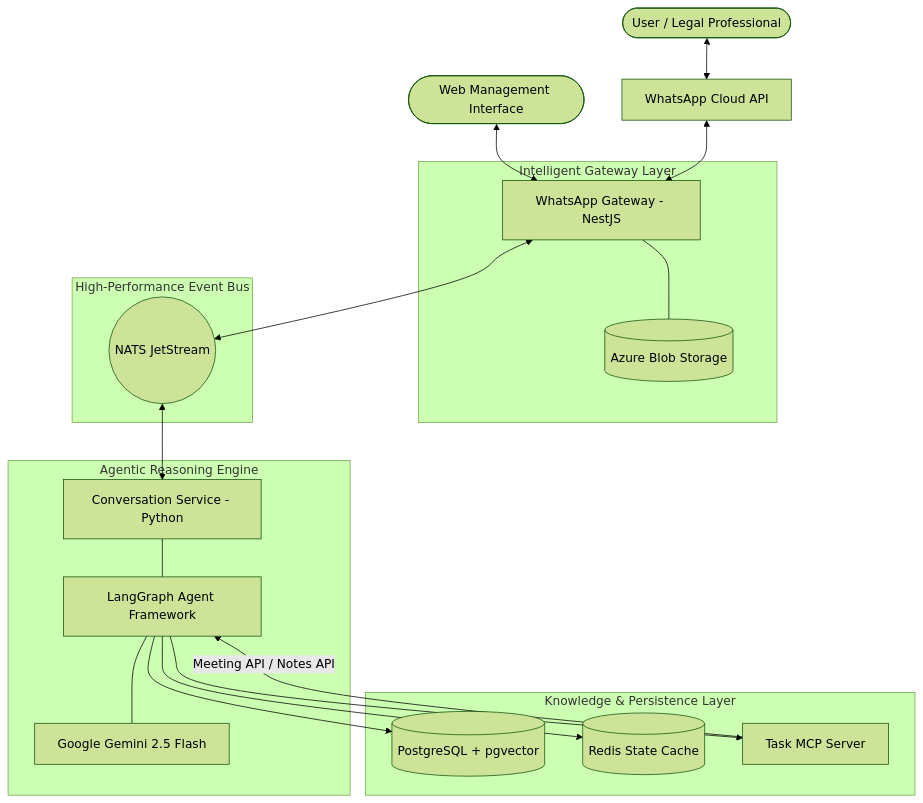
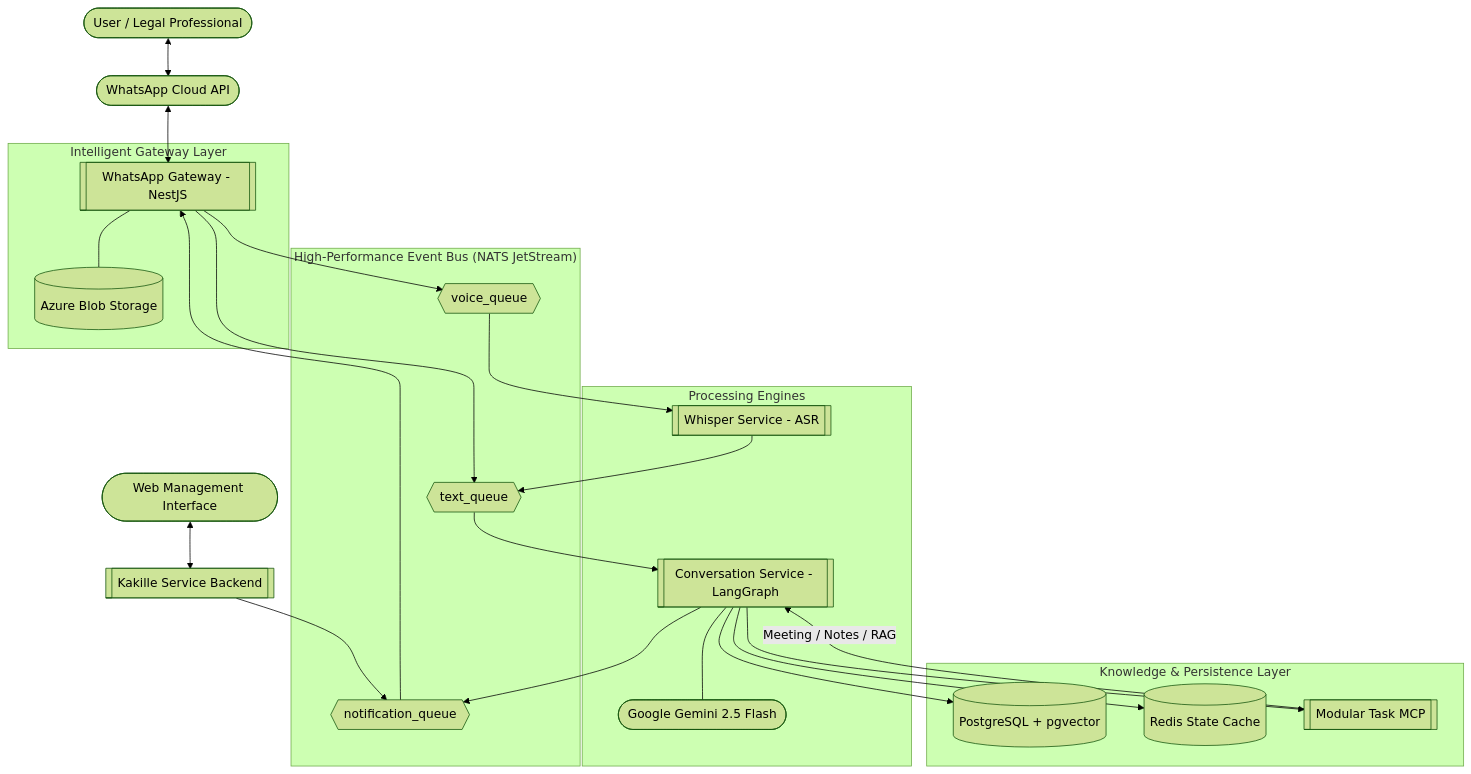
The first of 2 diagrams in docs/architecture.md (NayanthaNethsara/thekade-legalaid), drawn with Mermaid (forest theme) before and after one commit. The commit also changed other lines of this file, not shown here.

Commit message:
feat: update architecture diagram and documentation to reflect new Kakille service, Whisper integration, and detailed message queue flows

````diff
--- a/docs/architecture.md
+++ b/docs/architecture.md
@@ -13,45 +13,55 @@
 ```mermaid
 graph TD
     %% Users and Interfaces
-    User([User / Legal Professional]) <--> WhatsApp[WhatsApp Cloud API]
-    WebClient([Web Management Interface]) <--> Gateway
+    User([User / Legal Professional]) <--> WhatsApp([WhatsApp Cloud API])
+    WebClient([Web Management Interface]) <--> KakilleService[[Kakille Service Backend]]
     
     %% Communication Layer
     subgraph "Intelligent Gateway Layer"
-        Gateway[WhatsApp Gateway - NestJS]
+        Gateway[[WhatsApp Gateway - NestJS]]
         BlobStorage[(Azure Blob Storage)]
         Gateway --- BlobStorage
     end
 
     %% Message Broker
-    subgraph "High-Performance Event Bus"
-        NATS((NATS JetStream))
+    subgraph "High-Performance Event Bus (NATS JetStream)"
+        VoiceQueue{{voice_queue}}
+        TextQueue{{text_queue}}
+        NotifyQueue{{notification_queue}}
     end
 
-    %% Logic Layer
-    subgraph "Agentic Reasoning Engine"
-        ConvService[Conversation Service - Python]
-        LangGraph[LangGraph Agent Framework]
-        Gemini[Google Gemini 2.5 Flash]
-        ConvService --- LangGraph
-        LangGraph --- Gemini
+    %% Logic & Processing Layer
+    subgraph "Processing Engines"
+        Whisper[[Whisper Service - ASR]]
+        ConvService[[Conversation Service - LangGraph]]
+        Gemini([Google Gemini 2.5 Flash])
+        ConvService --- Gemini
     end
 
     %% Database & Tools
     subgraph "Knowledge & Persistence Layer"
         VectorDB[(PostgreSQL + pgvector)]
         Redis[(Redis State Cache)]
-        MCPServer[Task MCP Server]
+        MCPServer[[Modular Task MCP]]
     end
 
     %% Connections
     WhatsApp <--> Gateway
-    Gateway <--> NATS
-    NATS <--> ConvService
+    Gateway --> VoiceQueue
+    Gateway --> TextQueue
     
-    LangGraph --> MCPServer
-    LangGraph --> VectorDB
-    LangGraph --> Redis
+    KakilleService --> NotifyQueue
     
-    MCPServer -- "Meeting API / Notes API" --> LangGraph
+    VoiceQueue --> Whisper
+    Whisper --> TextQueue
+    
+    TextQueue --> ConvService
+    ConvService --> NotifyQueue
+    NotifyQueue --> Gateway
+    
+    ConvService --> MCPServer
+    ConvService --> VectorDB
+    ConvService --> Redis
+    
+    MCPServer -- "Meeting / Notes / RAG" --> ConvService
 ```
````
